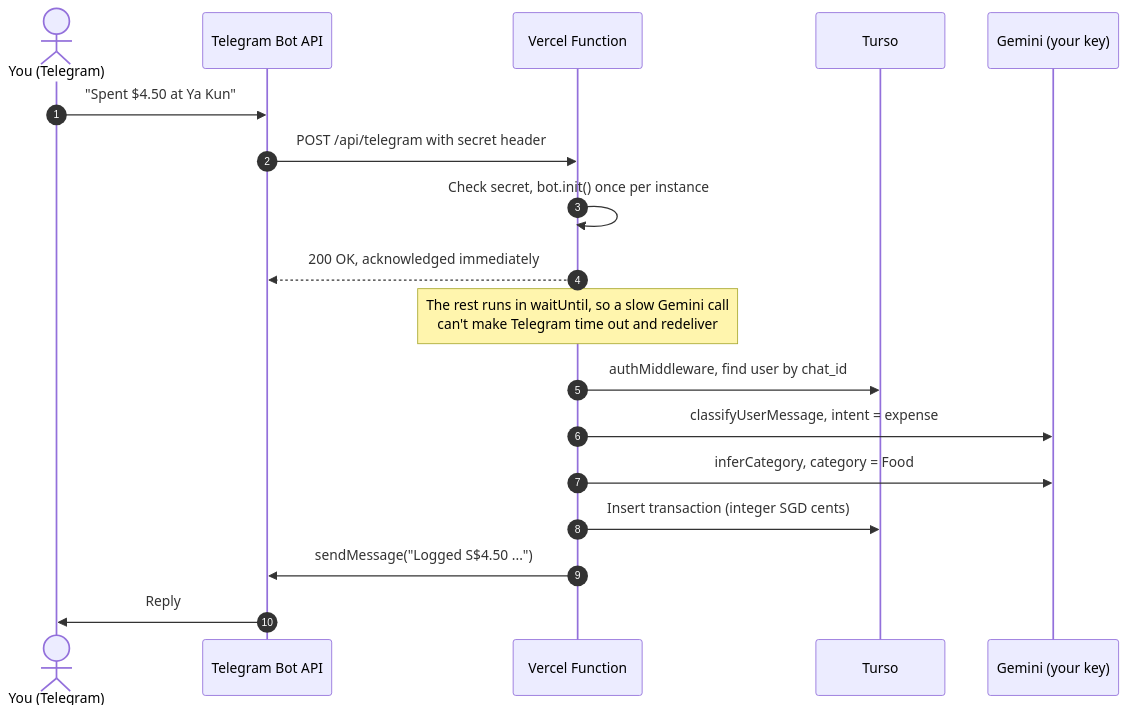
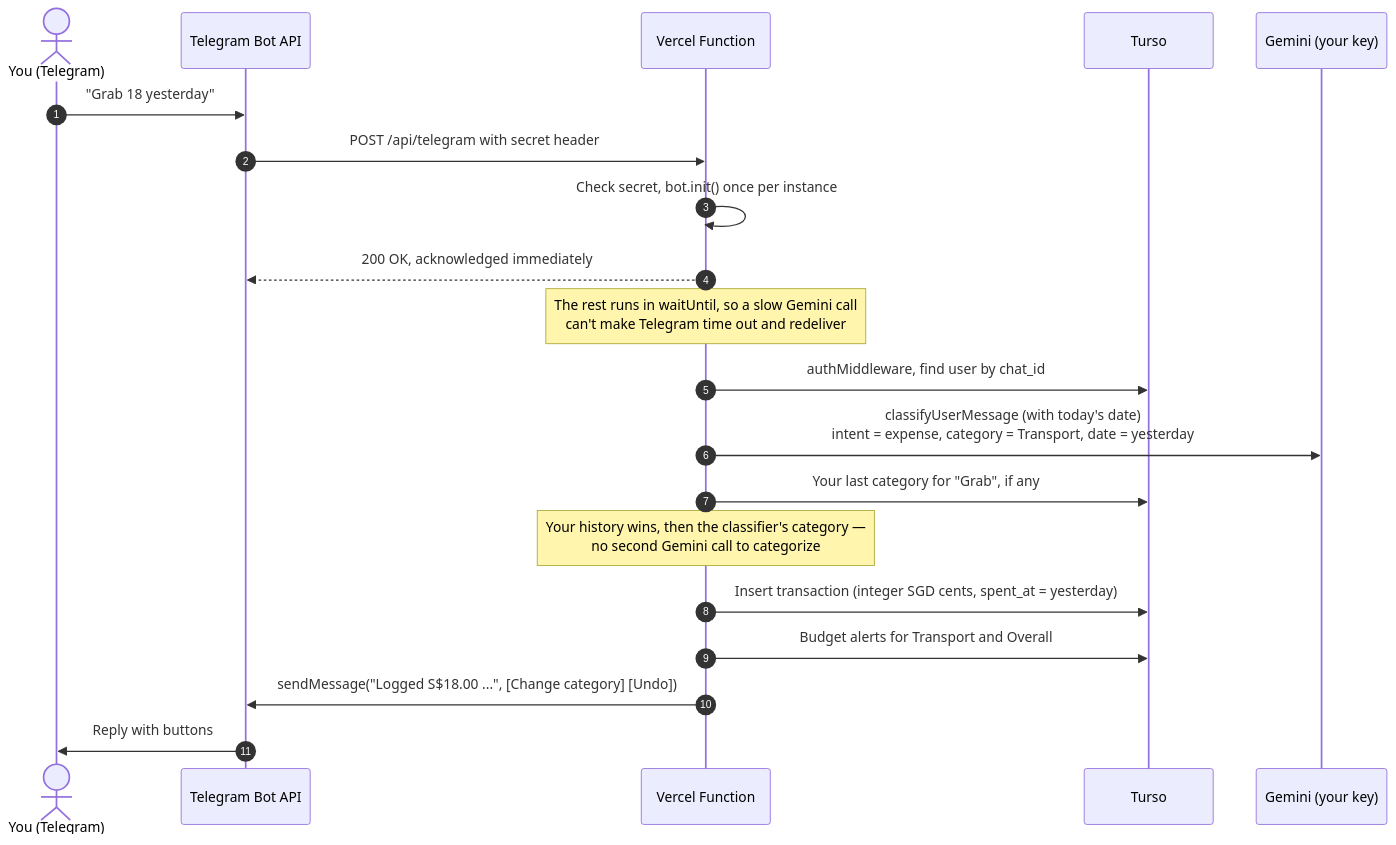
One commit to zzkhong/plutus-ai changed the third of 7 diagrams in docs/architecture.md. Above: the diagram before and after it, drawn with Mermaid. The commit also changed other lines of this file and 3 other files, not shown here.

````diff
--- a/docs/architecture.md
+++ b/docs/architecture.md
@@ -83,21 +83,23 @@
 ```mermaid
 sequenceDiagram
     autonumber
     actor U as You (Telegram)
     participant T as Telegram Bot API
     participant F as Vercel Function
     participant DB as Turso
     participant G as Gemini (your key)
 
-    U->>T: "Spent $4.50 at Ya Kun"
+    U->>T: "Grab 18 yesterday"
     T->>F: POST /api/telegram with secret header
     F->>F: Check secret, bot.init() once per instance
     F-->>T: 200 OK, acknowledged immediately
     Note over F: The rest runs in waitUntil, so a slow Gemini call<br/>can't make Telegram time out and redeliver
     F->>DB: authMiddleware, find user by chat_id
-    F->>G: classifyUserMessage, intent = expense
-    F->>G: inferCategory, category = Food
-    F->>DB: Insert transaction (integer SGD cents)
-    F->>T: sendMessage("Logged S$4.50 ...")
-    T->>U: Reply
+    F->>G: classifyUserMessage (with today's date)<br/>intent = expense, category = Transport, date = yesterday
+    F->>DB: Your last category for "Grab", if any
+    Note over F: Your history wins, then the classifier's category —<br/>no second Gemini call to categorize
+    F->>DB: Insert transaction (integer SGD cents, spent_at = yesterday)
+    F->>DB: Budget alerts for Transport and Overall
+    F->>T: sendMessage("Logged S$18.00 ...", [Change category] [Undo])
+    T->>U: Reply with buttons
 ```
````
